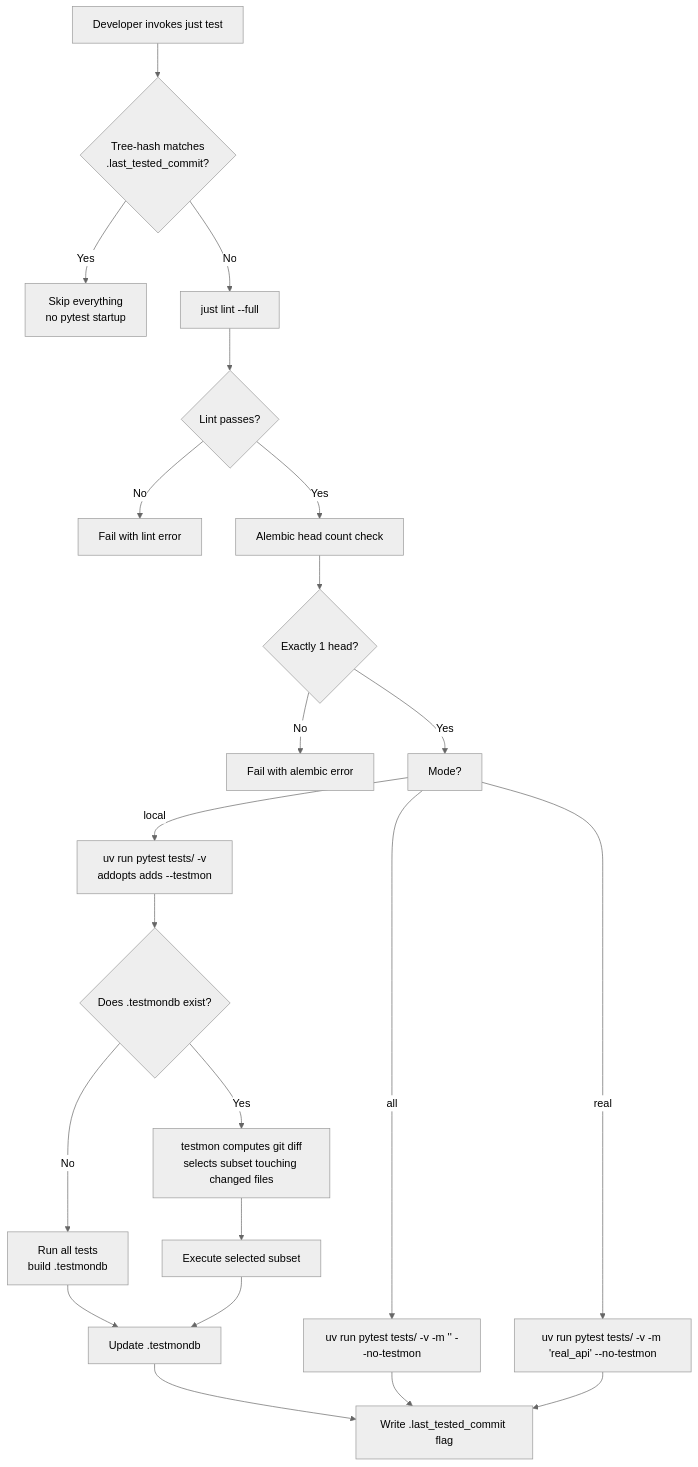
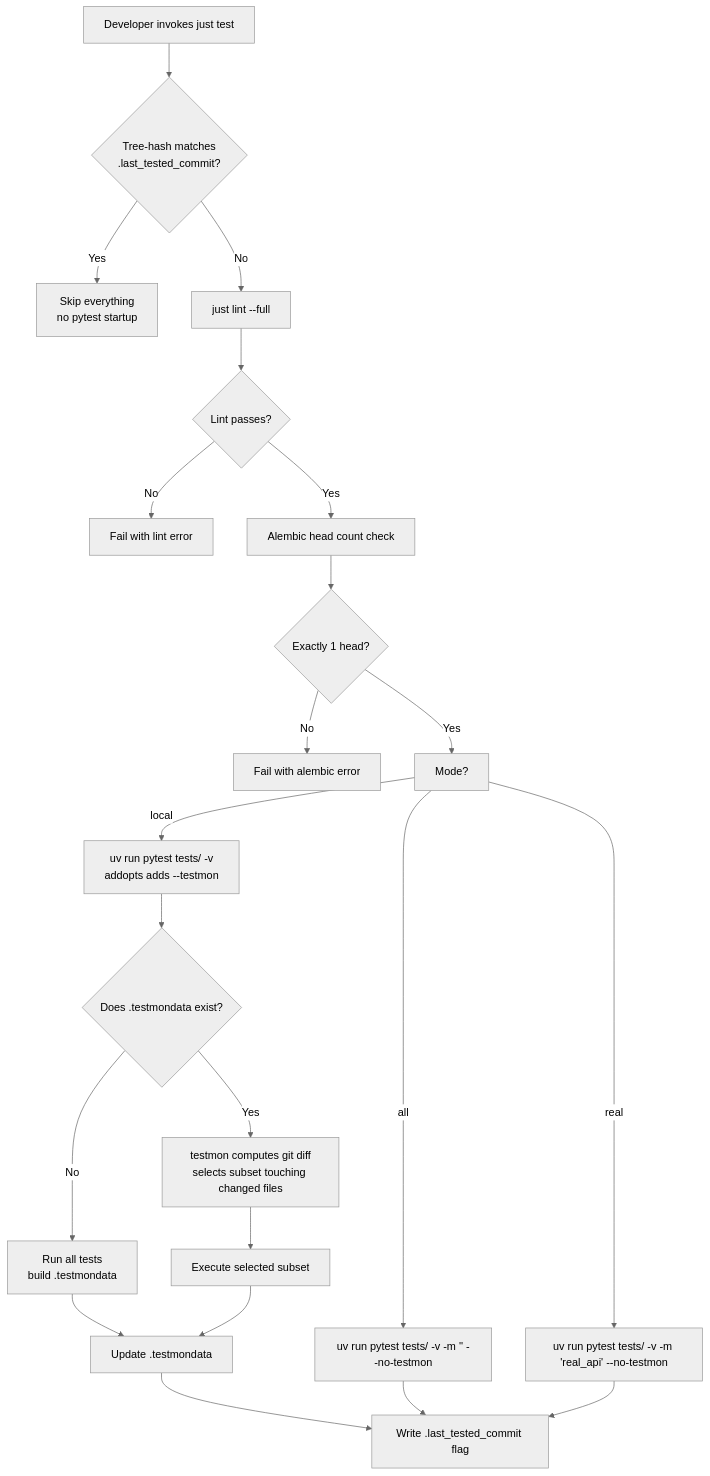
Before and after one commit to zata-zhangtao/keda: the diagram in tasks/pending/P2-FEAT-20260622-221605-pytest-testmon-change-aware-test-selection.md, drawn with Mermaid (neutral theme). The commit also changed other lines of this file and 8 other files, not shown here.

````diff
--- a/tasks/pending/P2-FEAT-20260622-221605-pytest-testmon-change-aware-test-selection.md
+++ b/tasks/pending/P2-FEAT-20260622-221605-pytest-testmon-change-aware-test-selection.md
@@ -220,24 +221,24 @@
 ```mermaid
 flowchart TD
     A[Developer invokes just test] --> B{Tree-hash matches<br/>.last_tested_commit?}
     B -- Yes --> C[Skip everything<br/>no pytest startup]
     B -- No --> D[just lint --full]
     D --> E{Lint passes?}
     E -- No --> F[Fail with lint error]
     E -- Yes --> G[Alembic head count check]
     G --> H{Exactly 1 head?}
     H -- No --> I[Fail with alembic error]
     H -- Yes --> J[Mode?]
     J -- local --> K[uv run pytest tests/ -v<br/>addopts adds --testmon]
     J -- all --> L[uv run pytest tests/ -v -m '' --no-testmon]
     J -- real --> M[uv run pytest tests/ -v -m 'real_api' --no-testmon]
-    K --> N{Does .testmondb exist?}
-    N -- No --> O[Run all tests<br/>build .testmondb]
+    K --> N{Does .testmondata exist?}
+    N -- No --> O[Run all tests<br/>build .testmondata]
     N -- Yes --> P[testmon computes git diff<br/>selects subset touching changed files]
-    O --> Q[Update .testmondb]
+    O --> Q[Update .testmondata]
     P --> R[Execute selected subset]
     R --> Q
     Q --> S[Write .last_tested_commit flag]
     L --> S
     M --> S
 ```
````
